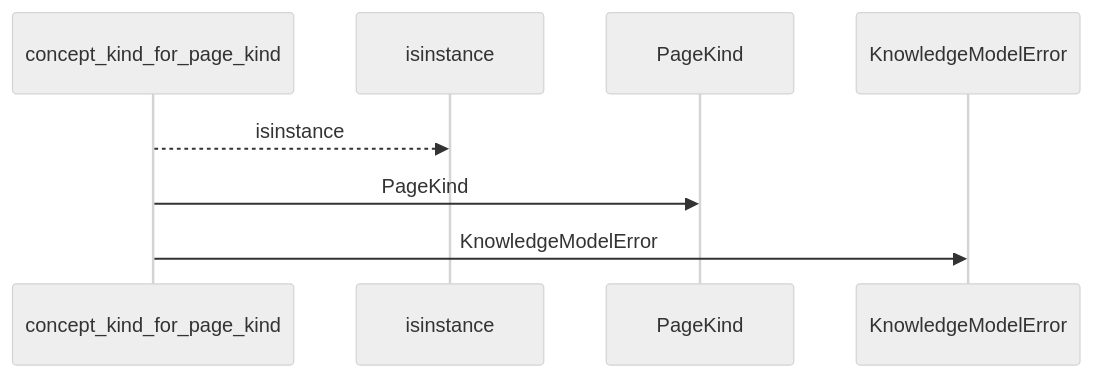
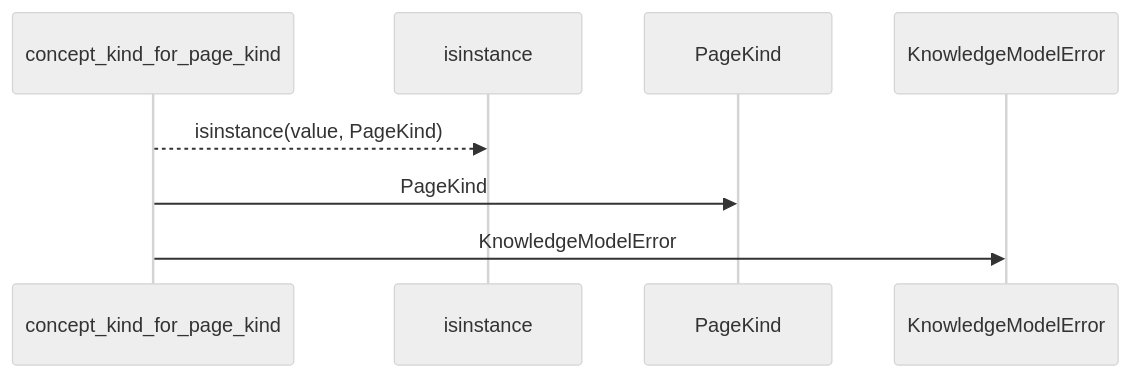
The first of 2 diagrams in docs/llm_wiki/flows/api-concept_kind_for_page_kind.md (Denissvgn/python-wiki-llm), drawn with Mermaid (neutral theme) before and after one commit. The commit also changed other lines of this file and 1410 other files, not shown here.

````diff
--- a/docs/llm_wiki/flows/api-concept_kind_for_page_kind.md
+++ b/docs/llm_wiki/flows/api-concept_kind_for_page_kind.md
@@ -10,10 +12,10 @@
 ```mermaid
 sequenceDiagram
     participant p0 as concept_kind_for_page_kind
     participant p1 as isinstance
     participant p2 as PageKind
     participant p3 as KnowledgeModelError
-    p0-->>p1: isinstance
+    p0-->>p1: isinstance(value, PageKind)
     p0->>p2: PageKind
     p0->>p3: KnowledgeModelError
 ```
````
